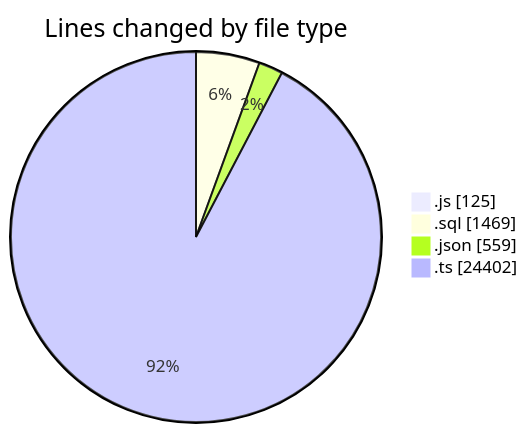
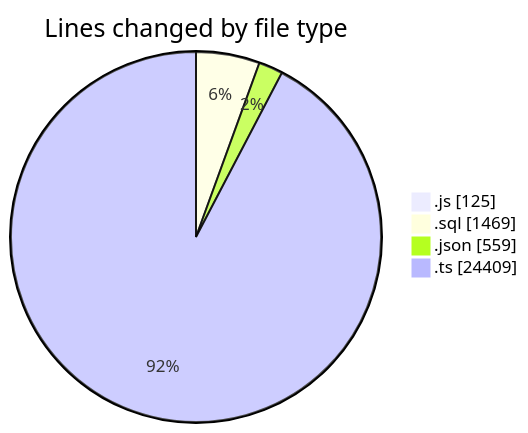
Before and after one commit to momahboobian/code-tracking: the first of 2 diagrams in 2026-05-20/cda/README.md, drawn with Mermaid. The commit also changed other lines of this file and 1 other file, not shown here.

````diff
--- a/2026-05-20/cda/README.md
+++ b/2026-05-20/cda/README.md
@@ -36,8 +36,8 @@
 ```mermaid
 pie showData
 title Lines changed by file type
 ".js" : 125
 ".sql" : 1469
 ".json" : 559
-".ts" : 24402
+".ts" : 24409
 ```
````
